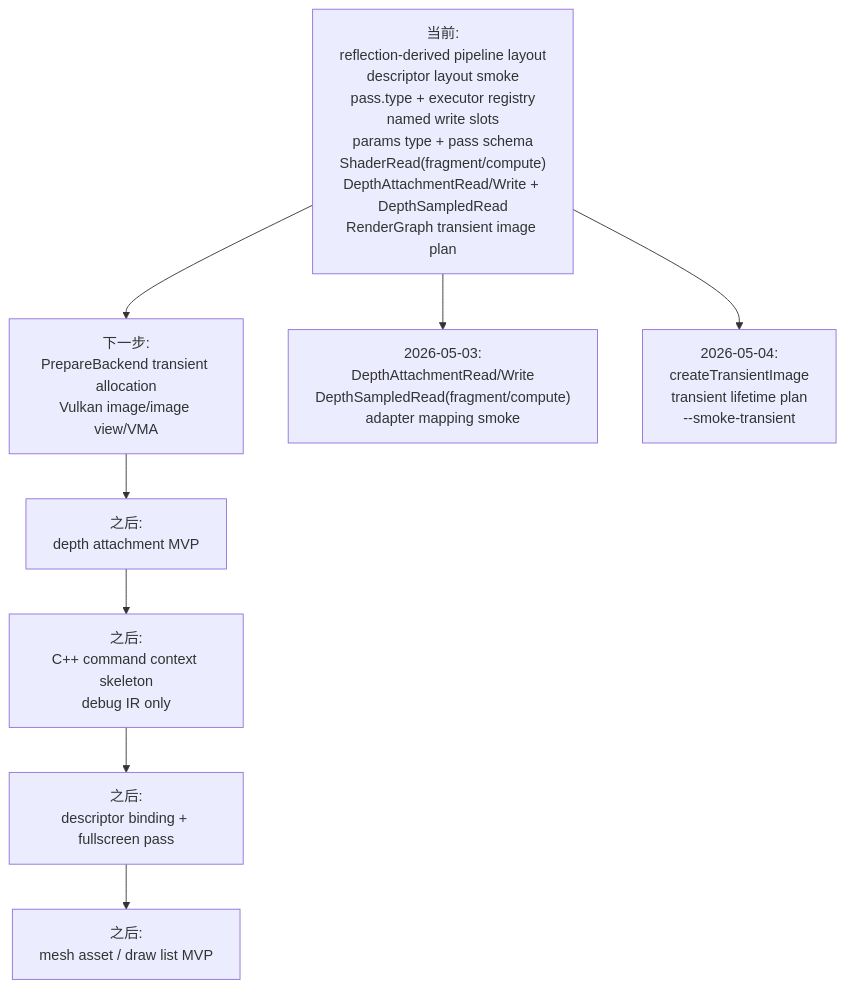
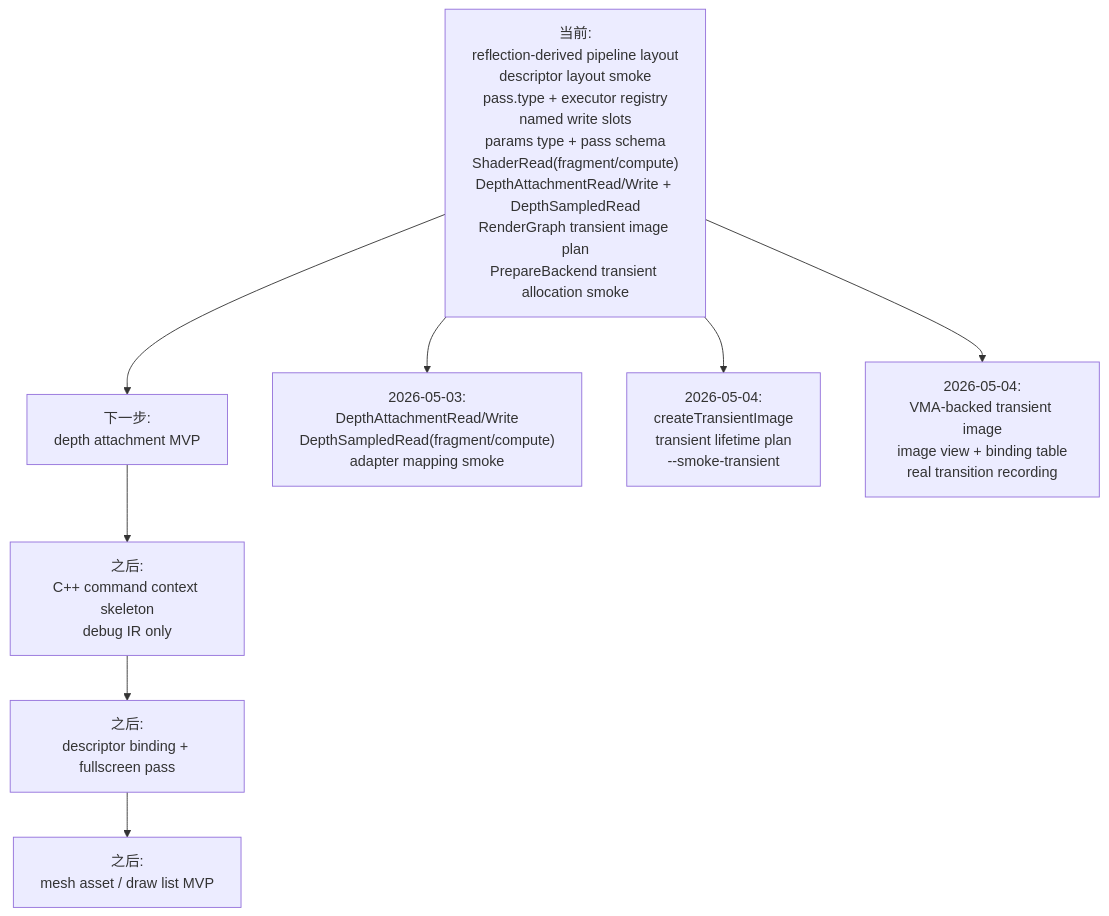
Before and after one commit to 66six11/Engine: diagram 11 of 11 in docs/flow-architecture.md, drawn with Mermaid. The commit also changed other lines of this file and 8 other files, not shown here.

Commit message:
feat: add transient image smoke

````diff
--- a/docs/flow-architecture.md
+++ b/docs/flow-architecture.md
@@ -355,16 +356,17 @@
 ```mermaid
 flowchart TD
-    Now["当前:<br/>reflection-derived pipeline layout<br/>descriptor layout smoke<br/>pass.type + executor registry<br/>named write slots<br/>params type + pass schema<br/>ShaderRead(fragment/compute)<br/>DepthAttachmentRead/Write + DepthSampledRead<br/>RenderGraph transient image plan"]
-    Step1["下一步:<br/>PrepareBackend transient allocation<br/>Vulkan image/image view/VMA"]
-    Step2["之后:<br/>depth attachment MVP"]
-    Step3["之后:<br/>C++ command context skeleton<br/>debug IR only"]
-    Step4["之后:<br/>descriptor binding + fullscreen pass"]
-    Step5["之后:<br/>mesh asset / draw list MVP"]
+    Now["当前:<br/>reflection-derived pipeline layout<br/>descriptor layout smoke<br/>pass.type + executor registry<br/>named write slots<br/>params type + pass schema<br/>ShaderRead(fragment/compute)<br/>DepthAttachmentRead/Write + DepthSampledRead<br/>RenderGraph transient image plan<br/>PrepareBackend transient allocation smoke"]
+    Step1["下一步:<br/>depth attachment MVP"]
+    Step2["之后:<br/>C++ command context skeleton<br/>debug IR only"]
+    Step3["之后:<br/>descriptor binding + fullscreen pass"]
+    Step4["之后:<br/>mesh asset / draw list MVP"]
 
-    Now --> Step1 --> Step2 --> Step3 --> Step4 --> Step5
+    Now --> Step1 --> Step2 --> Step3 --> Step4
 
     DepthStateUpdate["2026-05-03:<br/>DepthAttachmentRead/Write<br/>DepthSampledRead(fragment/compute)<br/>adapter mapping smoke"]
     Now --> DepthStateUpdate
     TransientUpdate["2026-05-04:<br/>createTransientImage<br/>transient lifetime plan<br/>--smoke-transient"]
     Now --> TransientUpdate
+    TransientVkUpdate["2026-05-04:<br/>VMA-backed transient image<br/>image view + binding table<br/>real transition recording"]
+    Now --> TransientVkUpdate
 ```
````
